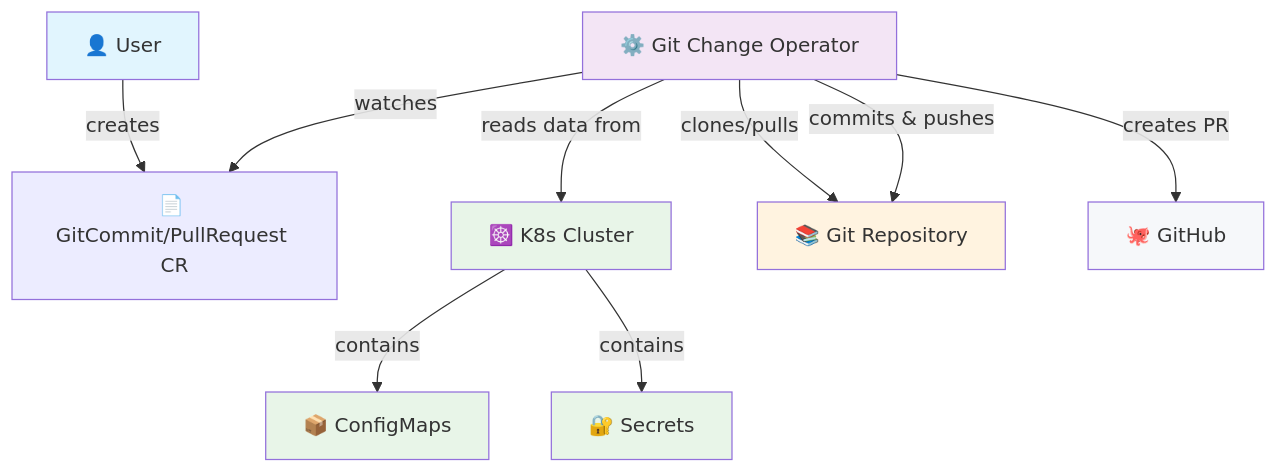
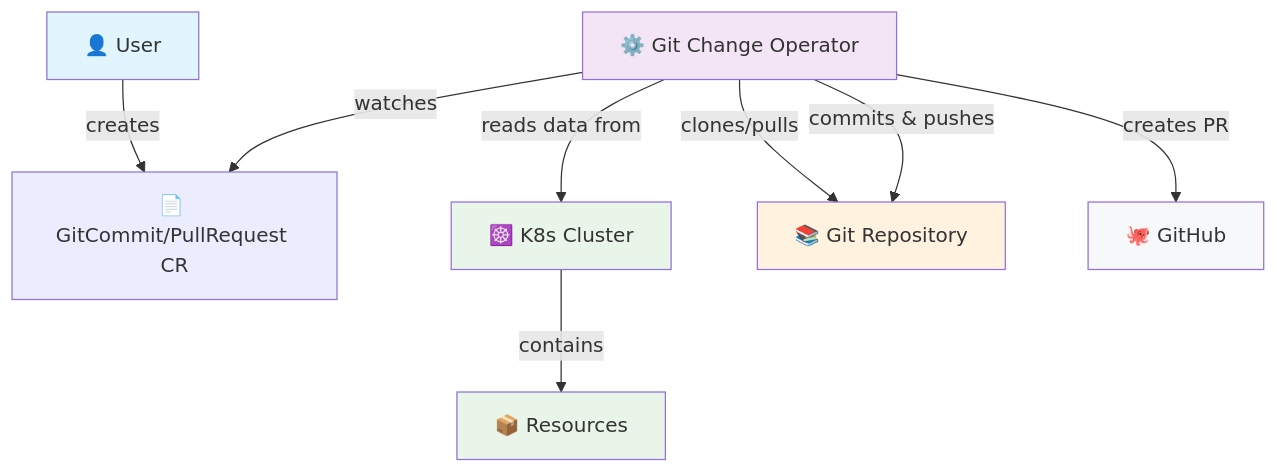
One commit to mihaigalos/git-change-operator changed the diagram in README.md. Above: the diagram before and after it, drawn with Mermaid.

Commit message:
Modify K8s Cluster diagram in README
Updated K8s Cluster section to reflect new resource handling.

````diff
--- a/README.md
+++ b/README.md
@@ -85,33 +85,32 @@
 ```mermaid
 graph TB
     %% User creates resources
     User["👤 User"] -->|creates| A["📄 GitCommit/PullRequest CR"]
     
     %% Operator watches and processes
     B["⚙️ Git Change Operator"] -->|watches| A
     
     %% Operator reads from K8s Cluster
     B -->|reads data from| D["☸️ K8s Cluster"]
-    D -->|contains| E["📦 ConfigMaps"]
-    D -->|contains| F["🔐 Secrets"] 
+    D -->|contains| E["📦 Resources"]
     
     %% Operator authenticates and writes to Git
     B -->|clones/pulls| C["📚 Git Repository"]
     B -->|commits & pushes| C
     B -->|creates PR| G["🐙 GitHub"]
     
     %% Repository states
     
     %% Styling
     classDef userAction fill:#e1f5fe
     classDef operator fill:#f3e5f5
     classDef k8sResource fill:#e8f5e8
     classDef gitResource fill:#fff3e0
     classDef github fill:#f6f8fa
     
     class User userAction
     class B operator
     class D,E,F k8sResource
     class C gitResource
     class G github
 ```
````
